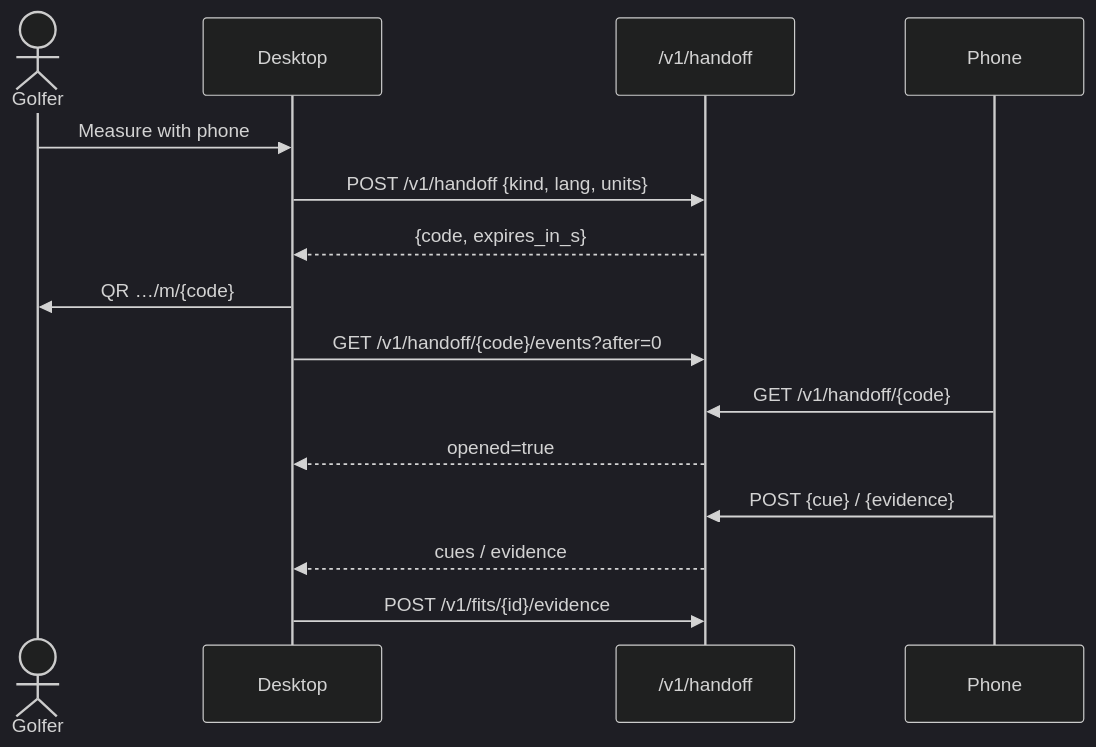
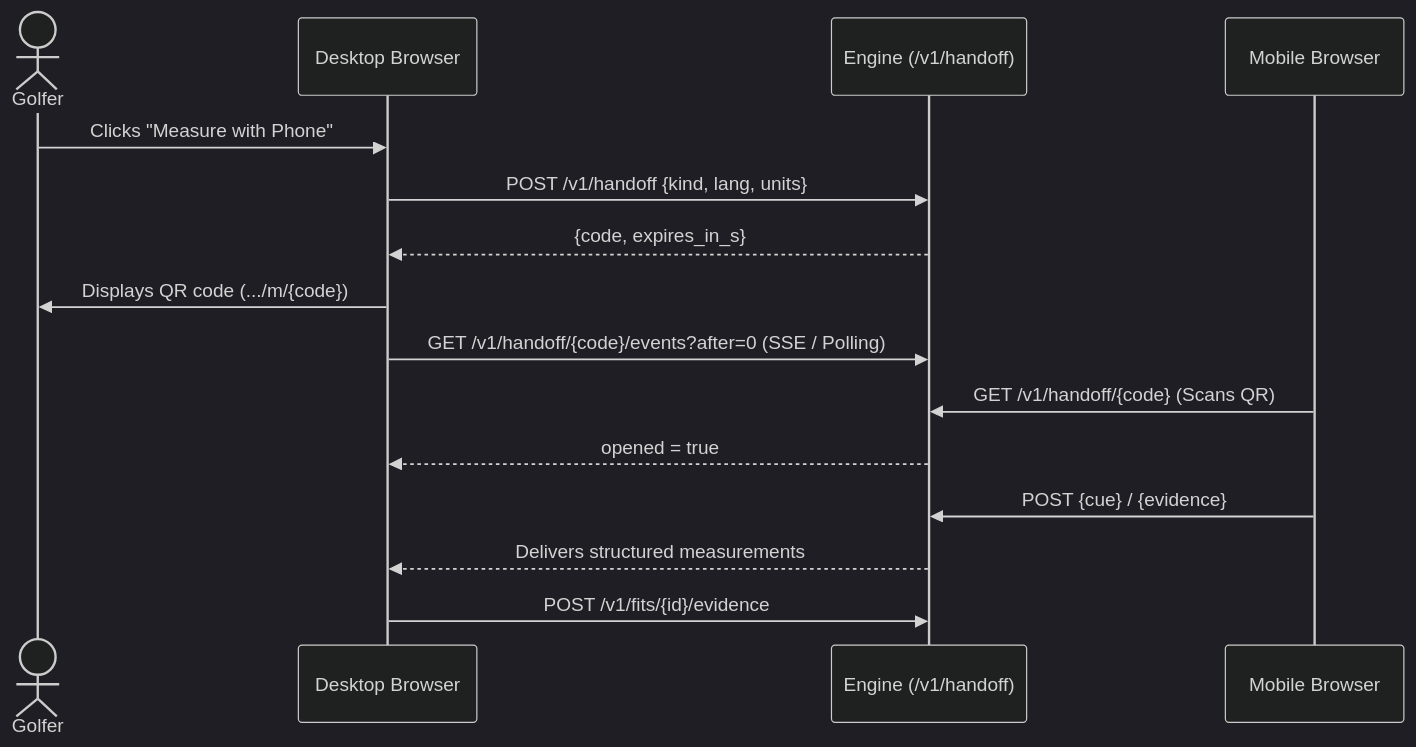
One commit to 0xMuluh/takomo-fit changed the second of 2 diagrams in docs/02_ARCHITECTURE_AND_SYSTEM_SPEC.md. Above: the diagram before and after it, drawn with Mermaid (dark theme). The commit also changed other lines of this file and 10 other files, not shown here.

````diff
--- a/docs/02_ARCHITECTURE_AND_SYSTEM_SPEC.md
+++ b/docs/02_ARCHITECTURE_AND_SYSTEM_SPEC.md
@@ -65,19 +92,19 @@
 ```mermaid
 sequenceDiagram
     actor Golfer
-    participant Desktop
-    participant Engine as /v1/handoff
-    participant Phone
+    participant Desktop as Desktop Browser
+    participant Engine as Engine (/v1/handoff)
+    participant Phone as Mobile Browser
 
-    Golfer->>Desktop: Measure with phone
+    Golfer->>Desktop: Clicks "Measure with Phone"
     Desktop->>Engine: POST /v1/handoff {kind, lang, units}
     Engine-->>Desktop: {code, expires_in_s}
-    Desktop->>Golfer: QR …/m/{code}
-    Desktop->>Engine: GET /v1/handoff/{code}/events?after=0
+    Desktop->>Golfer: Displays QR code (.../m/{code})
+    Desktop->>Engine: GET /v1/handoff/{code}/events?after=0 (SSE / Polling)
 
-    Phone->>Engine: GET /v1/handoff/{code}
-    Engine-->>Desktop: opened=true
+    Phone->>Engine: GET /v1/handoff/{code} (Scans QR)
+    Engine-->>Desktop: opened = true
     Phone->>Engine: POST {cue} / {evidence}
-    Engine-->>Desktop: cues / evidence
+    Engine-->>Desktop: Delivers structured measurements
     Desktop->>Engine: POST /v1/fits/{id}/evidence
 ```
````
